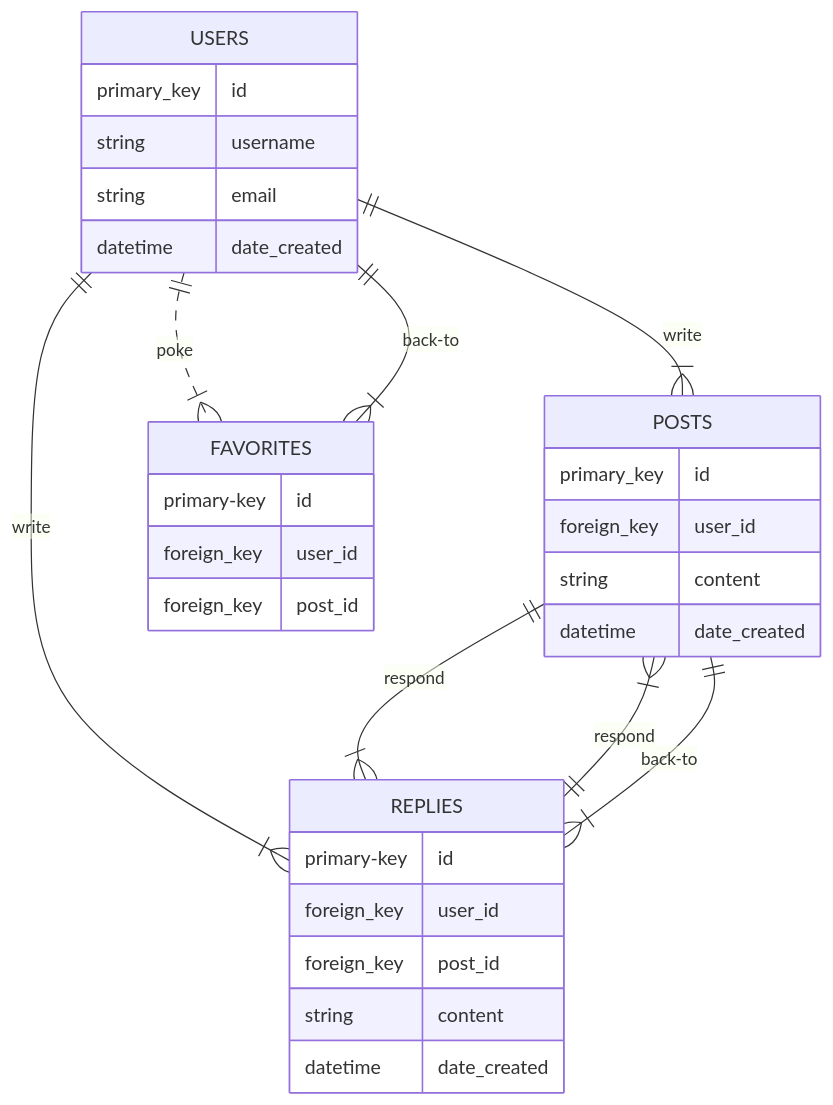
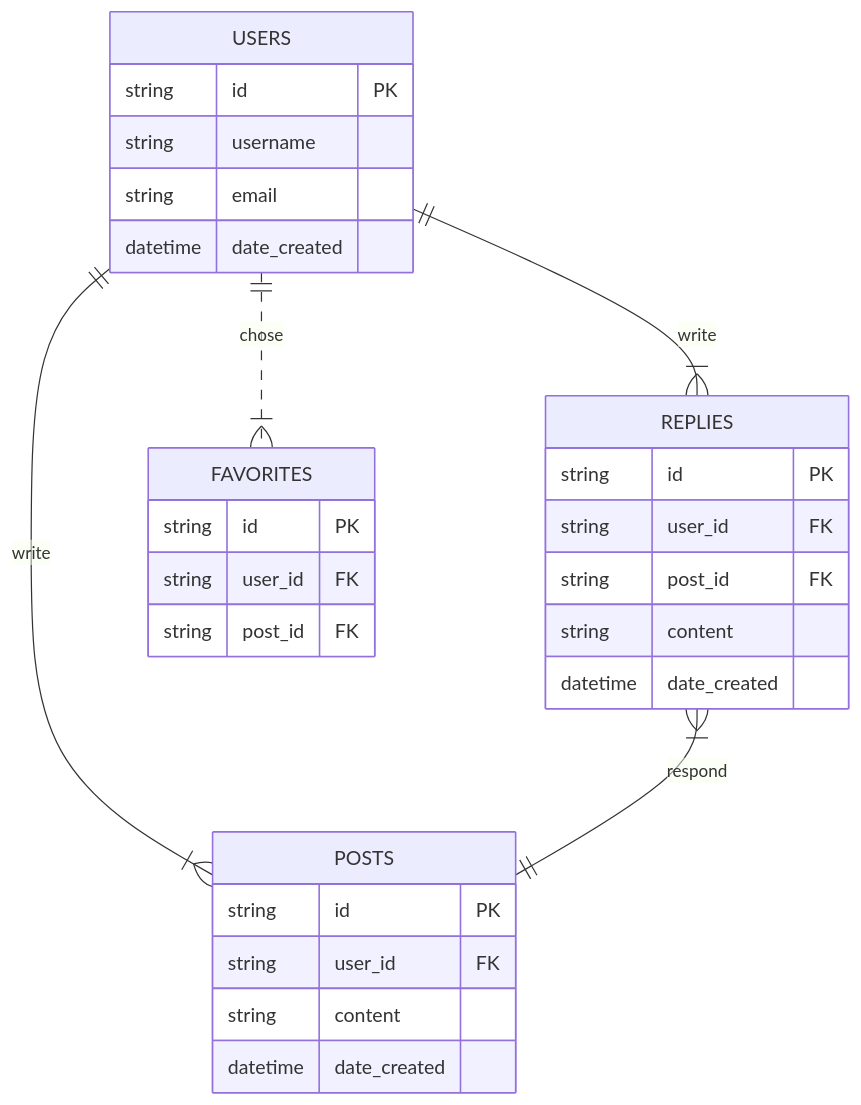
Before and after one commit to lmp3/testing_erd_mermaid_diagraming_on_github: the diagram in README.md, drawn with Mermaid. The commit also changed other lines of this file, not shown here.

Commit message:
Update README.md
Model is now mostly correct.

````diff
--- a/README.md
+++ b/README.md
@@ -4,34 +4,31 @@
 ```mermaid
 erDiagram
     USERS ||--|{ POSTS : write
-    USERS ||--|{ REPLIES: write
-    USERS ||..|{ FAVORITES: poke
+    USERS ||--|{ REPLIES : write
+    USERS ||..|{ FAVORITES : chose
     USERS {
-        primary_key id
+        string id PK
         string username
         string email
         datetime date_created
     }
-    POSTS ||--|{ REPLIES : respond
-    REPLIES ||--|{ POSTS : respond
     POSTS {
-        primary_key id
-        foreign_key user_id
+        string id PK
+        string user_id FK
         string content
         datetime date_created
     }
-    REPLIES |{--|| POSTS : back-to
+    REPLIES |{--|| POSTS : respond
     REPLIES {
-        primary-key id
-        foreign_key user_id
-        foreign_key post_id
+        string id PK
+        string user_id FK
+        string post_id FK
         string content
         datetime date_created
     }
-    FAVORITES |{--|| USERS : back-to
     FAVORITES {
-        primary-key id
-        foreign_key user_id
-        foreign_key post_id
+        string id PK
+        string user_id FK
+        string post_id FK
     }
 ```
````
